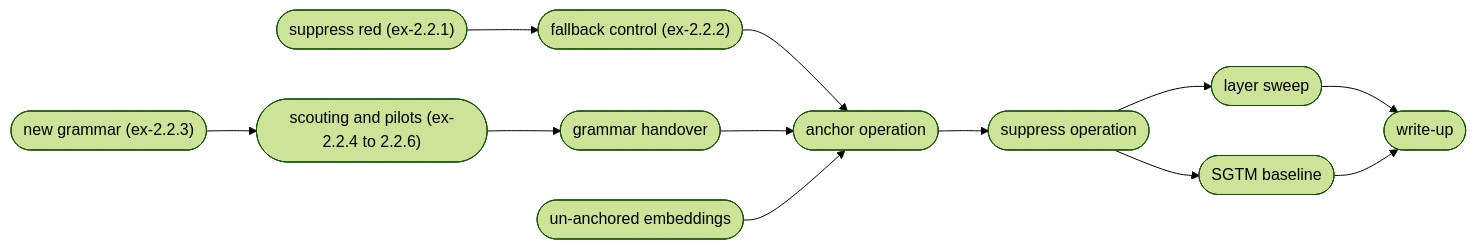
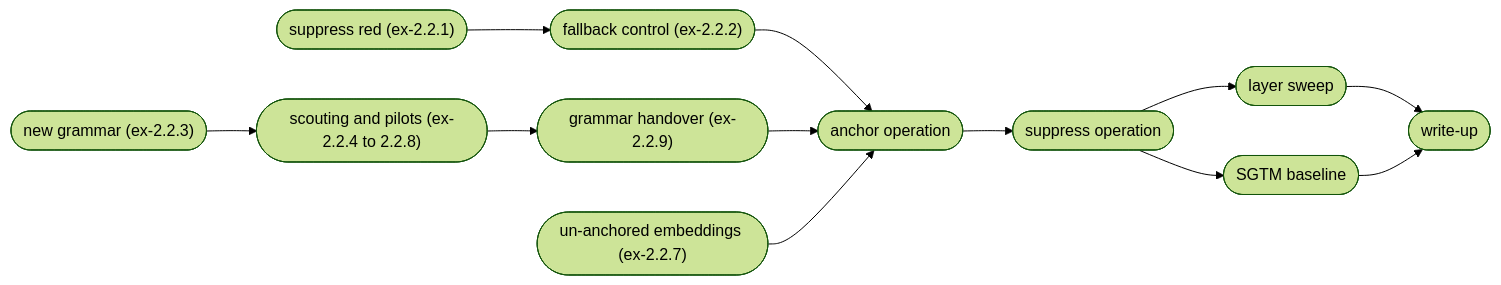
The diagram in docs/m2/d2.2/design.md (z0u-bot/sca2-mirror), drawn with Mermaid (forest theme) before and after one commit. The commit also changed other lines of this file, not shown here.

````diff
--- a/docs/m2/d2.2/design.md
+++ b/docs/m2/d2.2/design.md
@@ -19,18 +19,18 @@
 ```mermaid
 flowchart LR
 a1(["suppress red (ex-2.2.1)"])
 a2(["fallback control (ex-2.2.2)"])
 b1(["new grammar (ex-2.2.3)"])
-b2(["scouting and pilots (ex-2.2.4 to 2.2.6)"])
-b3(["grammar handover"])
-c1(["un-anchored embeddings"])
+b2(["scouting and pilots (ex-2.2.4 to 2.2.8)"])
+b3(["grammar handover (ex-2.2.9)"])
+c1(["un-anchored embeddings (ex-2.2.7)"])
 main1(["anchor operation"])
 main2(["suppress operation"])
 sweep(["layer sweep"])
 comp(["SGTM baseline"])
 w(["write-up"])
 
 a1 --> a2
 b1 --> b2 --> b3
 a2 & b3 & c1 --> main1 --> main2 --> sweep & comp --> w
 ```
````
